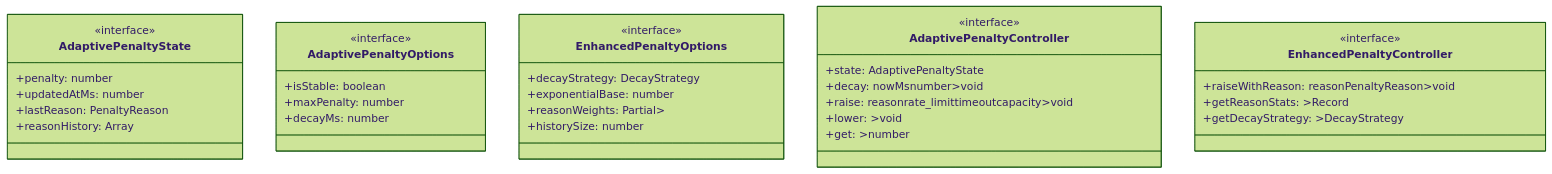
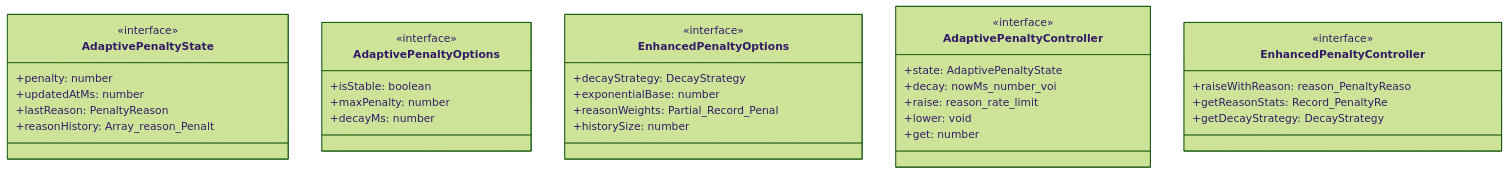
One commit to Mekann2904/mekann changed the first of 2 diagrams in ABDD/.pi/lib/adaptive-penalty.md. Above: the diagram before and after it, drawn with Mermaid (forest theme). The commit also changed other lines of this file and 174 other files, not shown here.

First line of the commit message:
fix(docs): ABDDのMermaid図生成エラーを修正する

````diff
--- a/ABDD/.pi/lib/adaptive-penalty.md
+++ b/ABDD/.pi/lib/adaptive-penalty.md
@@ -37,37 +37,37 @@
 ```mermaid
 classDiagram
   class AdaptivePenaltyState {
     <<interface>>
     +penalty: number
     +updatedAtMs: number
     +lastReason: PenaltyReason
-    +reasonHistory: Array<reasonPenaltyReasontimestampnumber>
+    +reasonHistory: Array_reason_Penalt
   }
   class AdaptivePenaltyOptions {
     <<interface>>
     +isStable: boolean
     +maxPenalty: number
     +decayMs: number
   }
   class EnhancedPenaltyOptions {
     <<interface>>
     +decayStrategy: DecayStrategy
     +exponentialBase: number
-    +reasonWeights: Partial<Record<PenaltyReasonnumber>>
+    +reasonWeights: Partial_Record_Penal
     +historySize: number
   }
   class AdaptivePenaltyController {
     <<interface>>
     +state: AdaptivePenaltyState
-    +decay: nowMsnumber>void
-    +raise: reasonrate_limittimeoutcapacity>void
-    +lower: >void
-    +get: >number
+    +decay: nowMs_number_voi
+    +raise: reason_rate_limit
+    +lower: void
+    +get: number
   }
   class EnhancedPenaltyController {
     <<interface>>
-    +raiseWithReason: reasonPenaltyReason>void
-    +getReasonStats: >Record<PenaltyReasonnumber>
-    +getDecayStrategy: >DecayStrategy
+    +raiseWithReason: reason_PenaltyReaso
+    +getReasonStats: Record_PenaltyRe
+    +getDecayStrategy: DecayStrategy
   }
 ```
````
